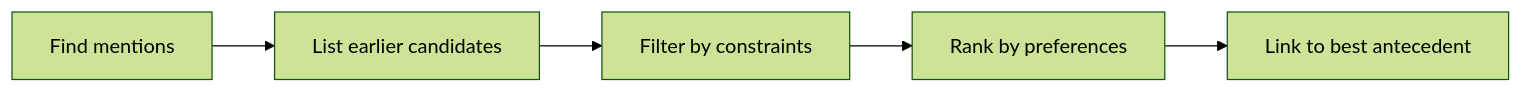
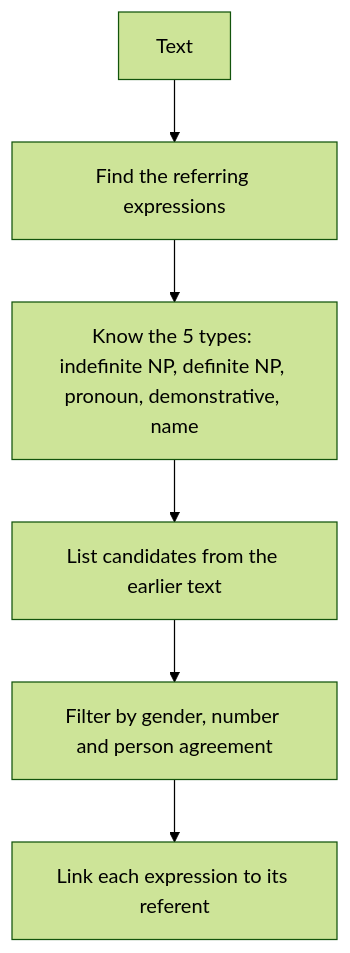
The diagram in content/natural-language-processing/pyq/2023-05-ce/q3b.mdx (TrendySloth1001/sem-seven-notes), drawn with Mermaid (forest theme) before and after one commit. The commit also changed other lines of this file and 406 other files, not shown here.

````diff
--- a/content/natural-language-processing/pyq/2023-05-ce/q3b.mdx
+++ b/content/natural-language-processing/pyq/2023-05-ce/q3b.mdx
@@ -19,8 +11,9 @@
 ```mermaid
-%% caption: A typical reference resolution pipeline. Constraints remove impossible candidates, preferences rank the rest.
-flowchart LR
-  A["Find mentions"] --> B["List earlier candidates"]
-  B --> C["Filter by constraints"]
-  C --> D["Rank by preferences"]
-  D --> E["Link to best antecedent"]
+%% caption: The reference resolution problem: expressions in, links out.
+flowchart TD
+  T["Text"] --> E["Find the referring expressions"]
+  E --> T5["Know the 5 types: indefinite NP, definite NP, pronoun, demonstrative, name"]
+  T5 --> C["List candidates from the earlier text"]
+  C --> F["Filter by gender, number and person agreement"]
+  F --> L["Link each expression to its referent"]
 ```
````
